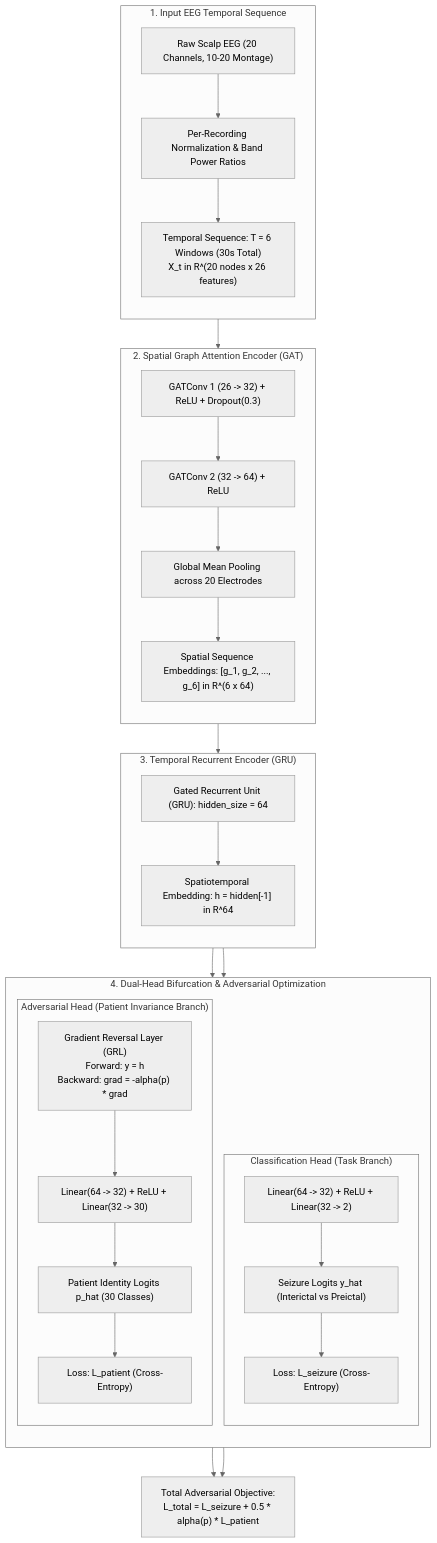
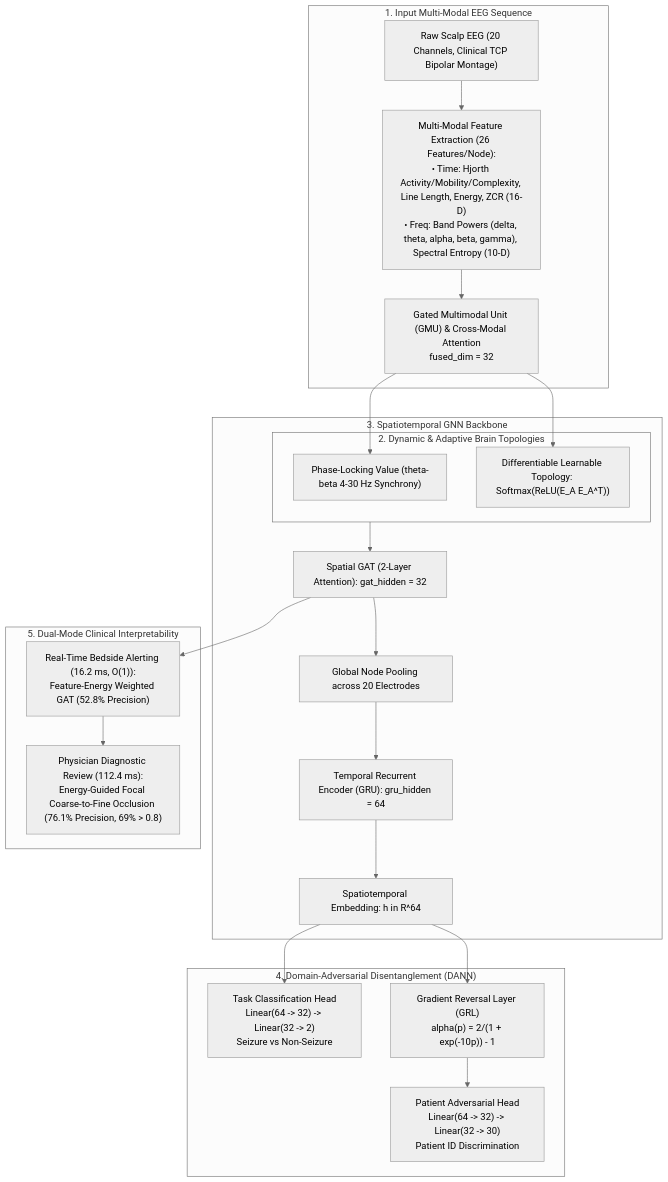
Before and after one commit to isha165g/epilepsy_gnn: the diagram in README.md, drawn with Mermaid (neutral theme). The commit also changed other lines of this file, not shown here.

````diff
--- a/README.md
+++ b/README.md
@@ -26,45 +51,38 @@
 ```mermaid
 flowchart TD
-    subgraph INPUT["1. Input EEG Temporal Sequence"]
-        direction TB
-        RAW["Raw Scalp EEG (20 Channels, 10-20 Montage)"] --> NORM["Per-Recording Normalization & Band Power Ratios"]
-        NORM --> TENSOR["Temporal Sequence: T = 6 Windows (30s Total)<br/>X_t in R^(20 nodes x 26 features)"]
+    subgraph INPUT["1. Input Multi-Modal EEG Sequence"]
+        RAW["Raw Scalp EEG (20 Channels, Clinical TCP Bipolar Montage)"]
+        FEAT["Multi-Modal Feature Extraction (26 Features/Node):<br/>• Time: Hjorth Activity/Mobility/Complexity, Line Length, Energy, ZCR (16-D)<br/>• Freq: Band Powers (delta, theta, alpha, beta, gamma), Spectral Entropy (10-D)"]
+        GMU_BLOCK["Gated Multimodal Unit (GMU) & Cross-Modal Attention<br/>fused_dim = 32"]
+        RAW --> FEAT --> GMU_BLOCK
     end
 
-    subgraph SPATIAL["2. Spatial Graph Attention Encoder (GAT)"]
-        direction TB
-        GAT1["GATConv 1 (26 -> 32) + ReLU + Dropout(0.3)"]
-        GAT2["GATConv 2 (32 -> 64) + ReLU"]
-        POOL["Global Mean Pooling across 20 Electrodes"]
-        TENSOR --> GAT1 --> GAT2 --> POOL
-        POOL --> G_SEQ["Spatial Sequence Embeddings: [g_1, g_2, ..., g_6] in R^(6 x 64)"]
+    subgraph TOPOLOGY["2. Dynamic & Adaptive Brain Topologies"]
+        PLV["Phase-Locking Value (theta-beta 4-30 Hz Synchrony)"]
+        ADAPT["Differentiable Learnable Topology: Softmax(ReLU(E_A E_A^T))"]
+        GMU_BLOCK --> PLV & ADAPT
     end
 
-    subgraph TEMPORAL["3. Temporal Recurrent Encoder (GRU)"]
-        direction TB
-        GRU["Gated Recurrent Unit (GRU): hidden_size = 64"]
-        G_SEQ --> GRU
-        GRU --> H["Spatiotemporal Embedding: h = hidden[-1] in R^64"]
+    subgraph SPATIOTEMPORAL["3. Spatiotemporal GNN Backbone"]
+        GAT["Spatial GAT (2-Layer Attention): gat_hidden = 32"]
+        POOL["Global Node Pooling across 20 Electrodes"]
+        GRU["Temporal Recurrent Encoder (GRU): gru_hidden = 64"]
+        TOPOLOGY --> GAT --> POOL --> GRU
+        GRU --> LATENT["Spatiotemporal Embedding: h in R^64"]
     end
 
-    subgraph DUAL_HEAD["4. Dual-Head Bifurcation & Adversarial Optimization"]
-        direction TB
-        subgraph SEIZURE_HEAD["Classification Head (Task Branch)"]
-            CLS_FC["Linear(64 -> 32) + ReLU + Linear(32 -> 2)"]
-            CLS_PRED["Seizure Logits y_hat (Interictal vs Preictal)"]
-            CLS_LOSS["Loss: L_seizure (Cross-Entropy)"]
-            H --> CLS_FC --> CLS_PRED --> CLS_LOSS
-        end
-
-        subgraph PATIENT_HEAD["Adversarial Head (Patient Invariance Branch)"]
-            GRL["Gradient Reversal Layer (GRL)<br/>Forward: y = h<br/>Backward: grad = -alpha(p) * grad"]
-            ADV_FC["Linear(64 -> 32) + ReLU + Linear(32 -> 30)"]
-            ADV_PRED["Patient Identity Logits p_hat (30 Classes)"]
-            ADV_LOSS["Loss: L_patient (Cross-Entropy)"]
-            H --> GRL --> ADV_FC --> ADV_PRED --> ADV_LOSS
-        end
+    subgraph ADVERSARIAL["4. Domain-Adversarial Disentanglement (DANN)"]
+        TASK_HEAD["Task Classification Head<br/>Linear(64 -> 32) -> Linear(32 -> 2)<br/>Seizure vs Non-Seizure"]
+        GRL["Gradient Reversal Layer (GRL)<br/>alpha(p) = 2/(1 + exp(-10p)) - 1"]
+        DOMAIN_HEAD["Patient Adversarial Head<br/>Linear(64 -> 32) -> Linear(32 -> 30)<br/>Patient ID Discrimination"]
+        LATENT --> TASK_HEAD
+        LATENT --> GRL --> DOMAIN_HEAD
     end
 
-    CLS_LOSS --> TOTAL_OBJ["Total Adversarial Objective:<br/>L_total = L_seizure + 0.5 * alpha(p) * L_patient"]
-    ADV_LOSS --> TOTAL_OBJ
+    subgraph INTERPRETABILITY["5. Dual-Mode Clinical Interpretability"]
+        BEDSIDE["Real-Time Bedside Alerting (16.2 ms, O(1)):<br/>Feature-Energy Weighted GAT (52.8% Precision)"]
+        DIAGNOSTIC["Physician Diagnostic Review (112.4 ms):<br/>Energy-Guided Focal Coarse-to-Fine Occlusion (76.1% Precision, 69% > 0.8)"]
+        GAT --> BEDSIDE
+        BEDSIDE --> DIAGNOSTIC
+    end
 ```
````
